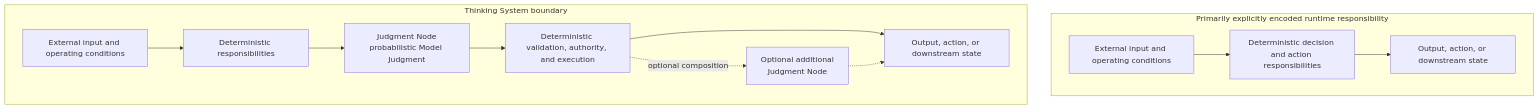
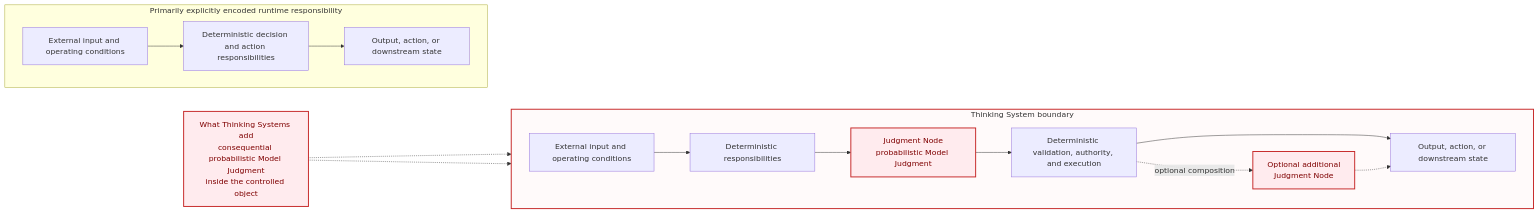
The third of 14 diagrams in content/research/notes/open-engineering-specification-article-draft.md (UncertaintyArchitectureGroup/uncertainty-architecture), drawn with Mermaid before and after one commit. The commit also changed other lines of this file and 1 other file, not shown here.

Commit message:
Refine controlled-object visual argument and section bridge

````diff
--- a/content/research/notes/open-engineering-specification-article-draft.md
+++ b/content/research/notes/open-engineering-specification-article-draft.md
@@ -157,21 +157,31 @@
 ```mermaid
-flowchart TB
+flowchart LR
     subgraph A["Primarily explicitly encoded runtime responsibility"]
+        direction LR
         A1[External input and operating conditions]
         A2[Deterministic decision and action responsibilities]
         A3[Output, action, or downstream state]
         A1 --> A2 --> A3
     end
 
     subgraph B["Thinking System boundary"]
+        direction LR
         B1[External input and operating conditions]
         B2[Deterministic responsibilities]
         J1["Judgment Node<br/>probabilistic Model Judgment"]
         B3[Deterministic validation, authority, and execution]
         J2["Optional additional<br/>Judgment Node"]
         B4[Output, action, or downstream state]
 
         B1 --> B2 --> J1 --> B3 --> B4
         B3 -. optional composition .-> J2 -.-> B4
     end
+
+    SHIFT["What Thinking Systems add<br/>consequential probabilistic Model Judgment<br/>inside the controlled object"]
+    SHIFT -.-> J1
+    SHIFT -.-> J2
+
+    classDef shift fill:#ffebee,stroke:#c62828,stroke-width:2px,color:#7f0000;
+    class SHIFT,J1,J2 shift;
+    style B fill:#fffafa,stroke:#c62828,stroke-width:2px
 ```
````
